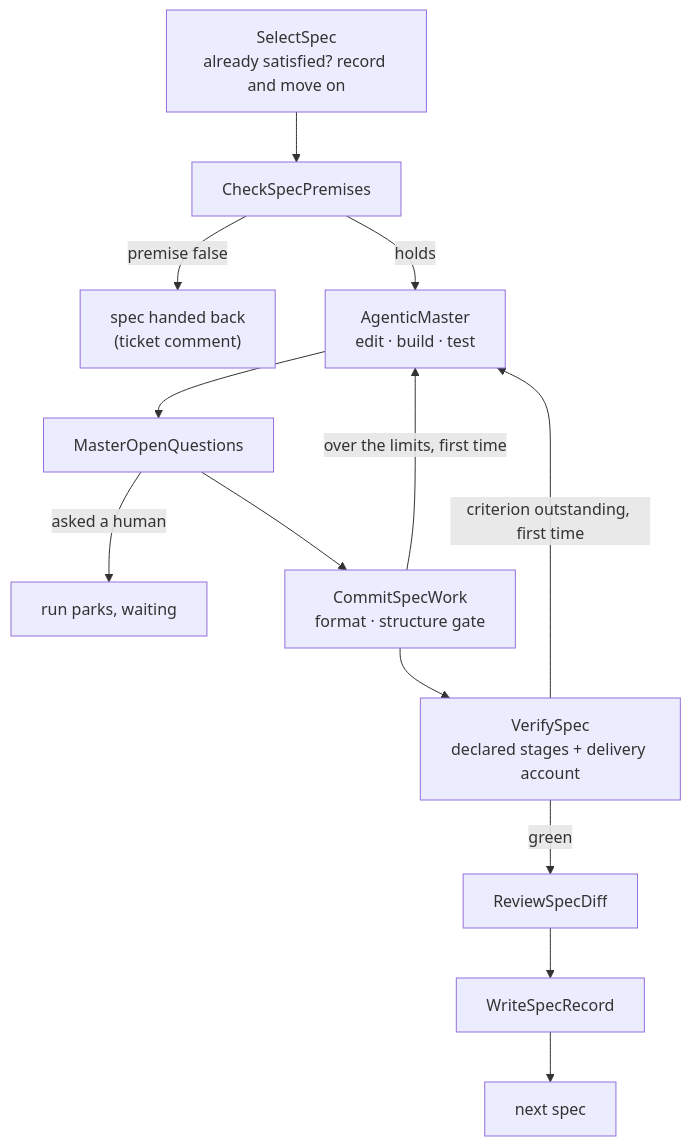
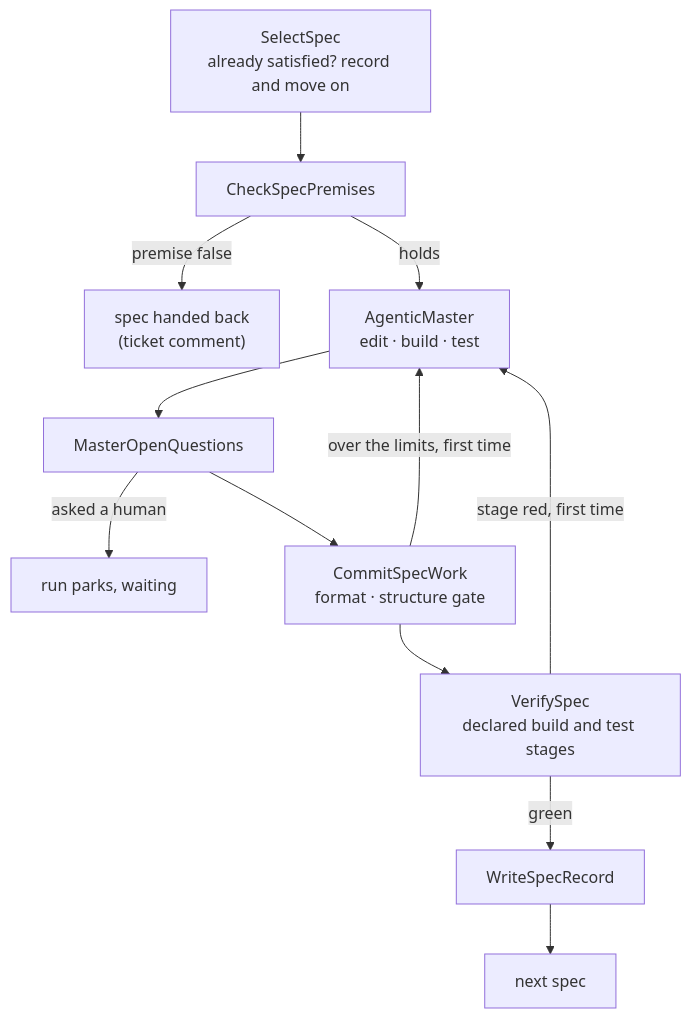
The diagram in docs/how-it-works/lifecycle.md (holgerleichsenring/agent-smith), drawn with Mermaid before and after one commit. The commit also changed other lines of this file and 203 other files, not shown here.

First line of the commit message:
feat(verify): verify is mechanical; the spec's account is its master's report (2026-11-18-c8e2c)

````diff
--- a/docs/how-it-works/lifecycle.md
+++ b/docs/how-it-works/lifecycle.md
@@ -27,15 +27,14 @@
 ```mermaid
 graph TD
     Select["SelectSpec<br/>already satisfied? record and move on"] --> Premises[CheckSpecPremises]
     Premises -->|premise false| Handback["spec handed back<br/>(ticket comment)"]
     Premises -->|holds| Master["AgenticMaster<br/>edit · build · test"]
     Master --> Questions[MasterOpenQuestions]
     Questions -->|asked a human| Park["run parks, waiting"]
     Questions --> Commit["CommitSpecWork<br/>format · structure gate"]
     Commit -->|over the limits, first time| Master
-    Commit --> Verify["VerifySpec<br/>declared stages + delivery account"]
-    Verify -->|criterion outstanding, first time| Master
-    Verify -->|green| Review[ReviewSpecDiff]
-    Review --> Record[WriteSpecRecord]
+    Commit --> Verify["VerifySpec<br/>declared build and test stages"]
+    Verify -->|stage red, first time| Master
+    Verify -->|green| Record[WriteSpecRecord]
     Record --> Next[next spec]
 ```
````
